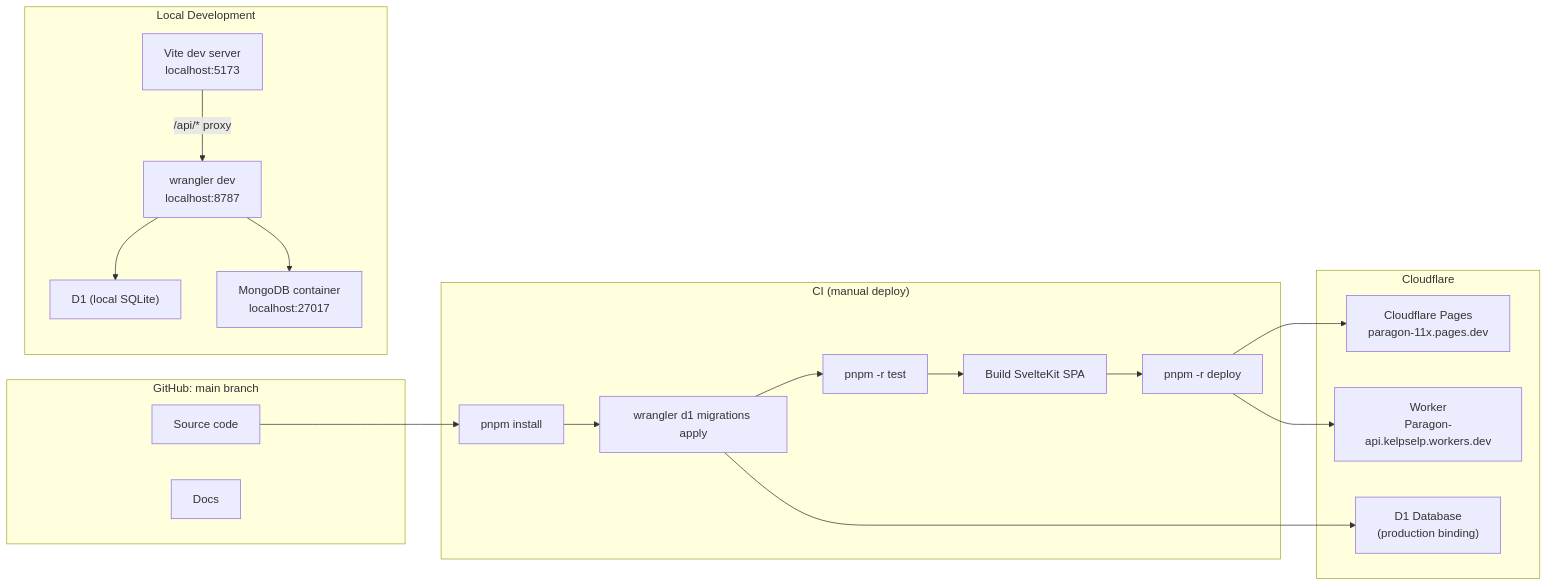
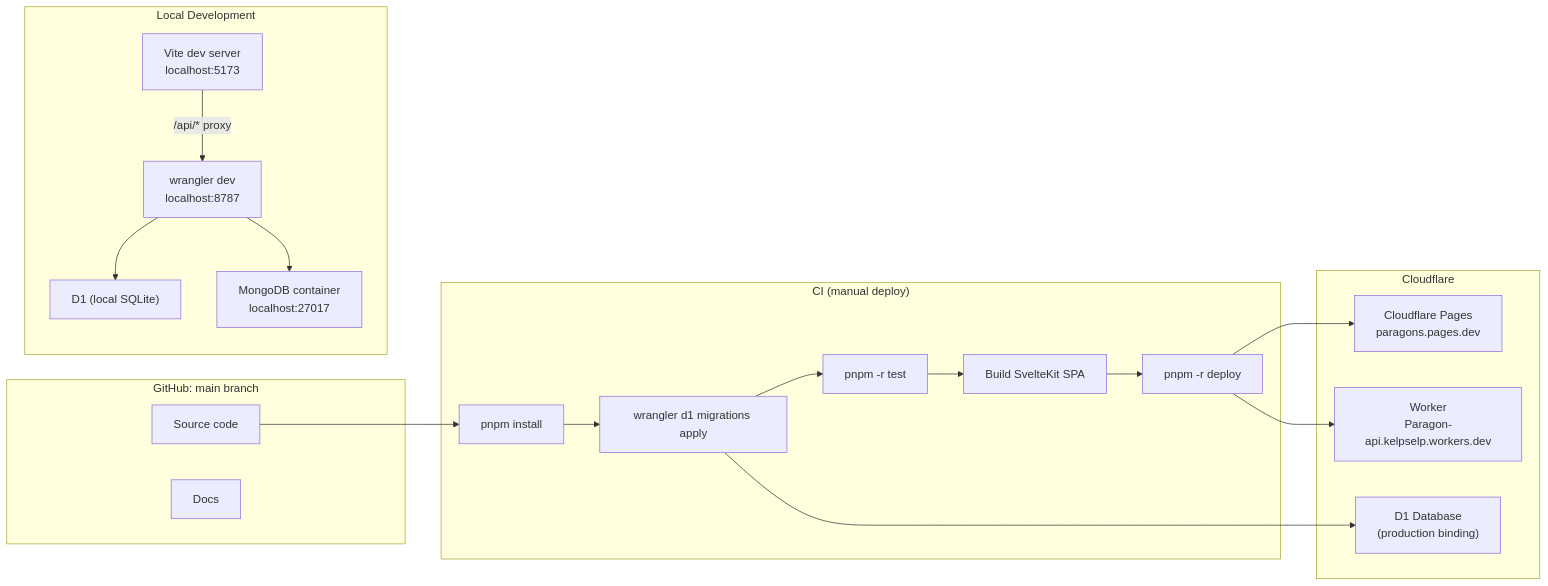
Before and after one commit to Zyxavy/Paragon: diagram 21 of 21 in docs/system-design.md, drawn with Mermaid. The commit also changed other lines of this file and 9 other files, not shown here.

Commit message:
fix: rename Pages domain to paragons.pages.dev and address review issues

````diff
--- a/docs/system-design.md
+++ b/docs/system-design.md
@@ -977,37 +977,37 @@
 ```mermaid
 flowchart LR
     subgraph Repo["GitHub: main branch"]
         Code["Source code"]
         ADRs["Docs"]
     end
 
     subgraph CI["CI (manual deploy)"]
         Install["pnpm install"]
         Migrate["wrangler d1 migrations apply"]
         Test["pnpm -r test"]
         Build["Build SvelteKit SPA"]
         Deploy["pnpm -r deploy"]
     end
 
     subgraph Production["Cloudflare"]
-        Web["Cloudflare Pages<br/>paragon-11x.pages.dev"]
+        Web["Cloudflare Pages<br/>paragons.pages.dev"]
         API["Worker<br/>Paragon-api.kelpselp.workers.dev"]
         D1_Prod["D1 Database<br/>(production binding)"]
     end
 
     subgraph Dev["Local Development"]
         Vite["Vite dev server<br/>localhost:5173"]
         Wrangler["wrangler dev<br/>localhost:8787"]
         D1_Local["D1 (local SQLite)"]
         Mongo_Local["MongoDB container<br/>localhost:27017"]
     end
 
     Code --> Install --> Migrate --> Test --> Build --> Deploy
     Deploy --> Web
     Deploy --> API
     Migrate --> D1_Prod
 
     Vite -->|"/api/* proxy"| Wrangler
     Wrangler --> D1_Local
     Wrangler --> Mongo_Local
 ```
````
